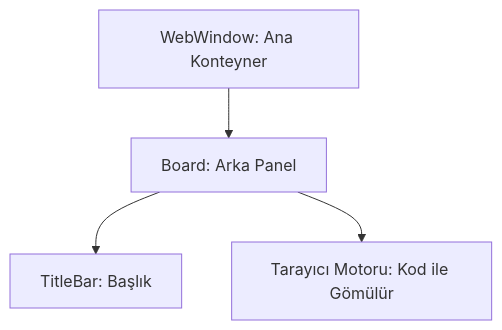
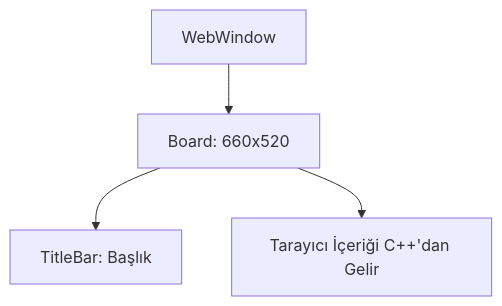
Before and after one commit to Engin622/Metin2-Pack-Agent-Skills: the diagram in uiscript/webwindow/skills.md, drawn with Mermaid. The commit also changed other lines of this file and 65 other files, not shown here.

````diff
--- a/uiscript/webwindow/skills.md
+++ b/uiscript/webwindow/skills.md
@@ -31,6 +23,6 @@
 ```mermaid
 graph TD
-    A[WebWindow: Ana Konteyner] --> B[Board: Arka Panel]
+    A[WebWindow] --> B[Board: 660x520]
     B --> C[TitleBar: Başlık]
-    B --> D[Tarayıcı Motoru: Kod ile Gömülür]
+    B --> D[Tarayıcı İçeriği C++'dan Gelir]
 ```
````
